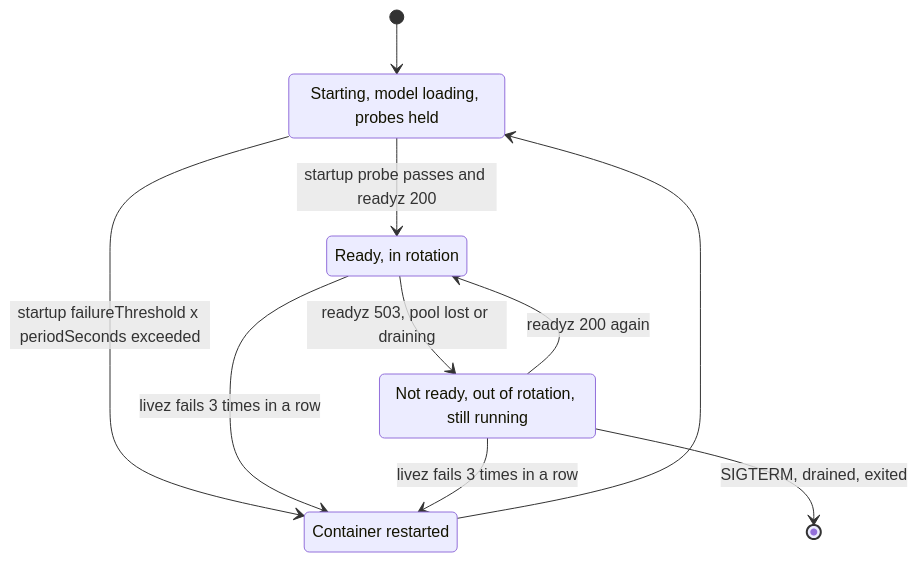
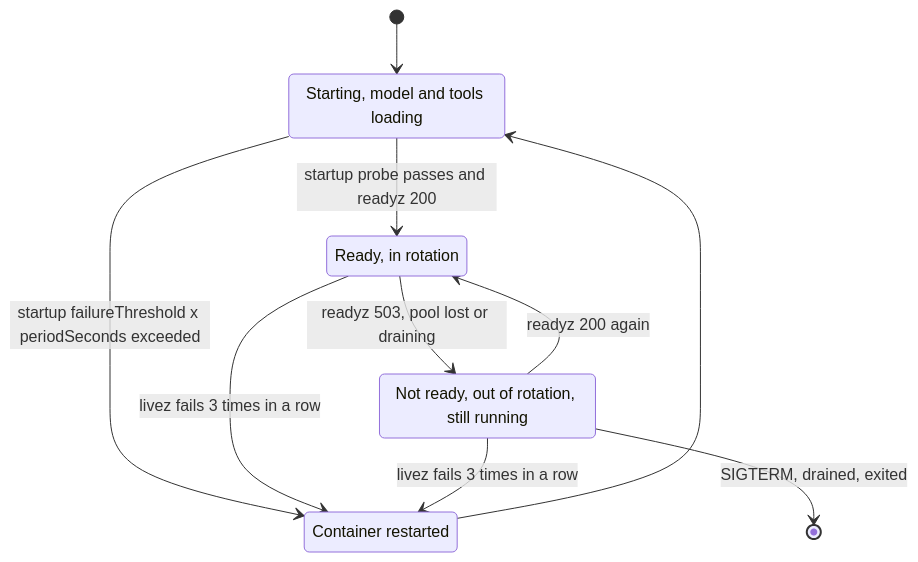
The diagram in content/fastapi-for-ai/health-readiness-endpoints.md (lovishmahajan97/agentic-learning), drawn with Mermaid before and after one commit. The commit also changed other lines of this file and 266 other files, not shown here.

````diff
--- a/content/fastapi-for-ai/health-readiness-endpoints.md
+++ b/content/fastapi-for-ai/health-readiness-endpoints.md
@@ -99,16 +126,16 @@
 ```mermaid
 stateDiagram-v2
-    state "Starting, model loading, probes held" as S
+    state "Starting, model and tools loading" as S
     state "Ready, in rotation" as R
     state "Not ready, out of rotation, still running" as N
     state "Container restarted" as X
     [*] --> S
     S --> R : startup probe passes and readyz 200
     S --> X : startup failureThreshold x periodSeconds exceeded
     R --> N : readyz 503, pool lost or draining
     N --> R : readyz 200 again
     R --> X : livez fails 3 times in a row
     N --> X : livez fails 3 times in a row
     X --> S
     N --> [*] : SIGTERM, drained, exited
 ```
````
